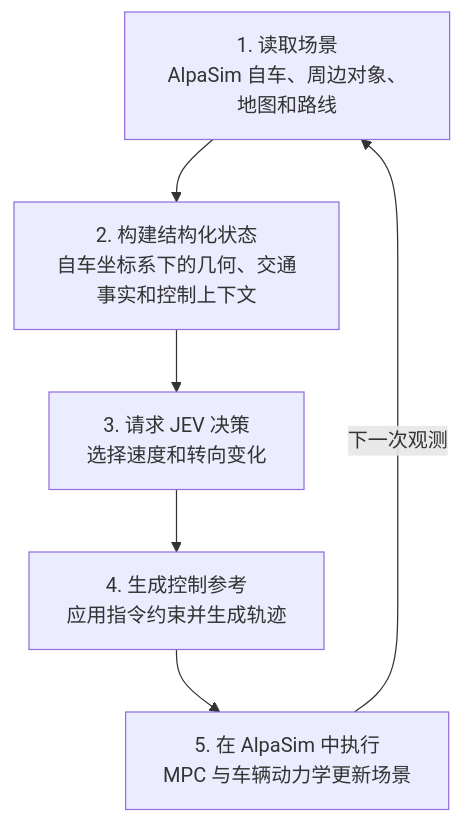
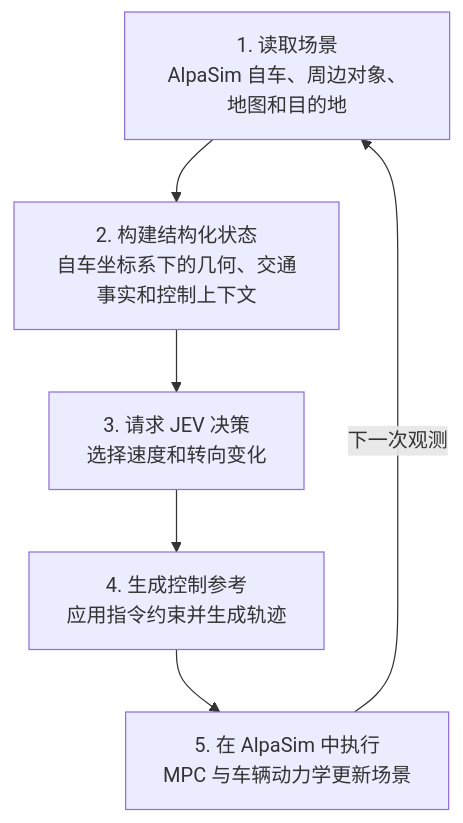
The diagram in docs/full-workflow.zh-CN.md (CATS-Lab/JEV-Drive), drawn with Mermaid before and after one commit. The commit also changed other lines of this file and 3 other files, not shown here.

Commit message:
Clarify destination flow and historical navigation illustrations

````diff
--- a/docs/full-workflow.zh-CN.md
+++ b/docs/full-workflow.zh-CN.md
@@ -7,10 +7,10 @@
 ```mermaid
 flowchart TD
-    A["1. 读取场景<br/>AlpaSim 自车、周边对象、地图和路线"]
+    A["1. 读取场景<br/>AlpaSim 自车、周边对象、地图和目的地"]
     B["2. 构建结构化状态<br/>自车坐标系下的几何、交通事实和控制上下文"]
     C["3. 请求 JEV 决策<br/>选择速度和转向变化"]
     D["4. 生成控制参考<br/>应用指令约束并生成轨迹"]
     E["5. 在 AlpaSim 中执行<br/>MPC 与车辆动力学更新场景"]
     A --> B --> C --> D --> E
     E -->|下一次观测| A
 ```
````
